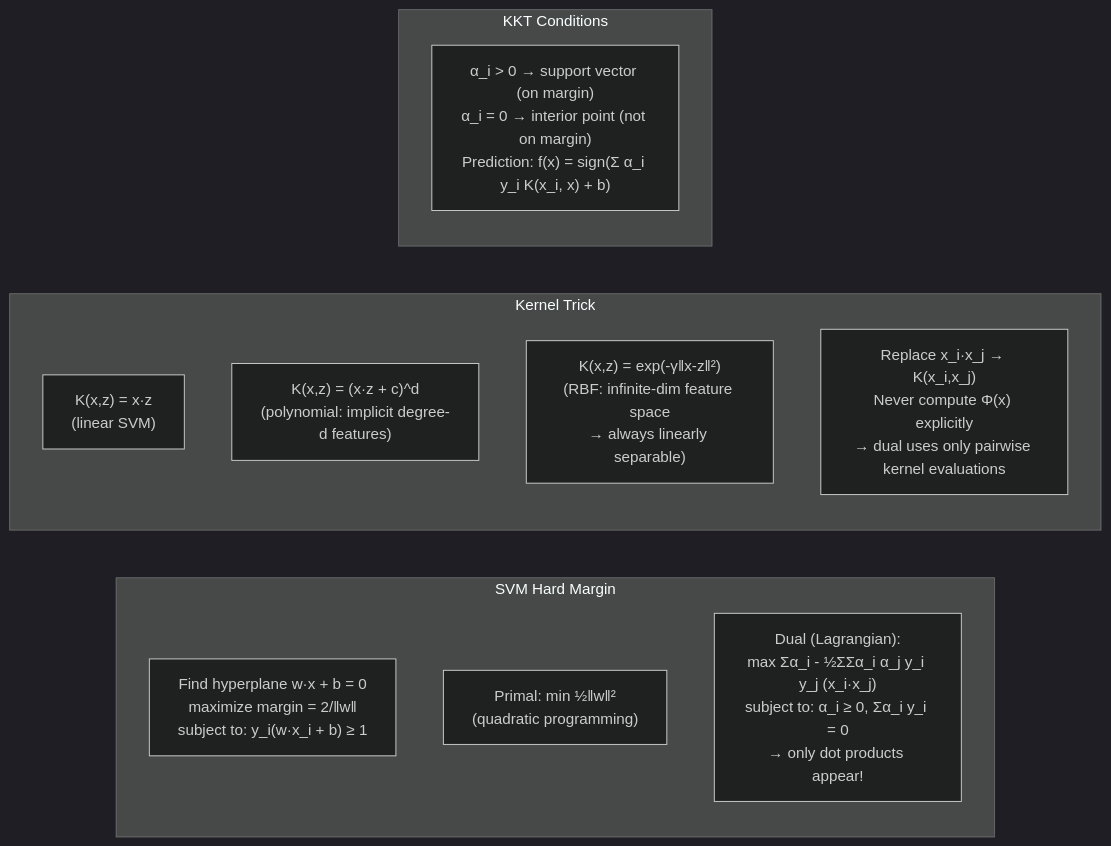
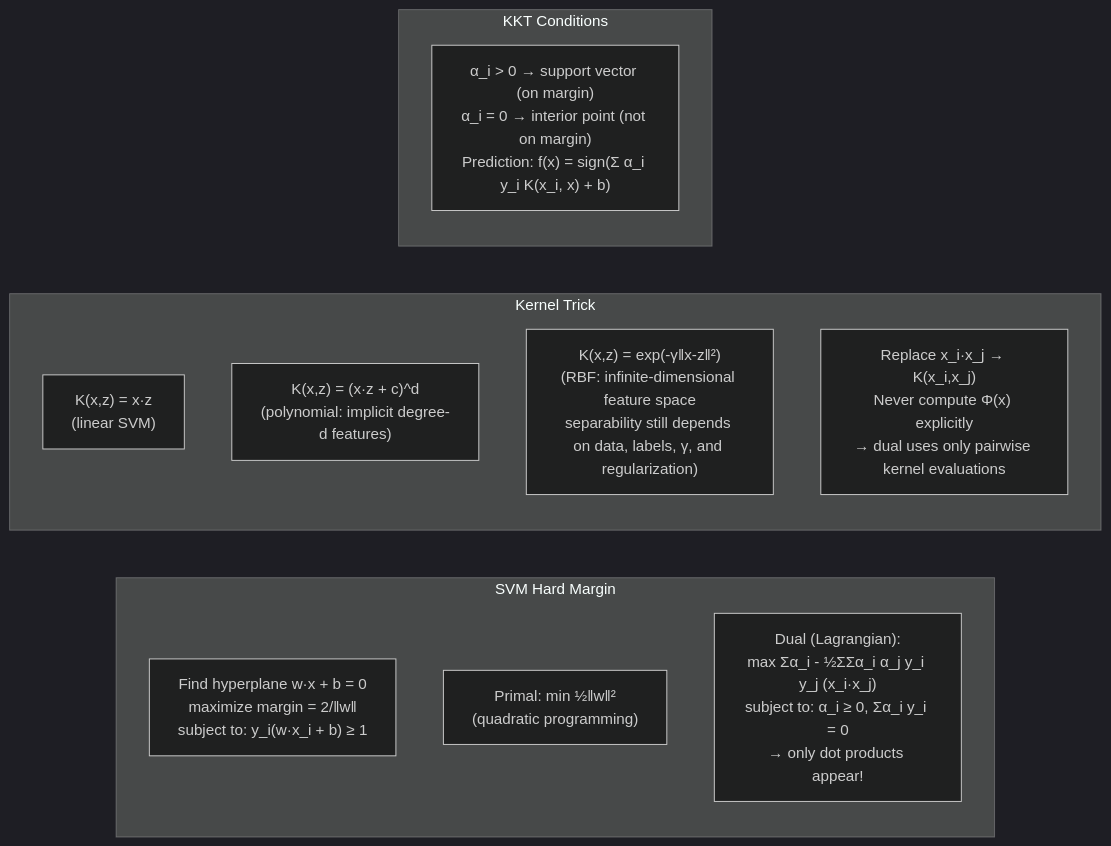
One commit to choisimo/document changed diagram 14 of 24 in content/docs/books/cs-reference/ko/ml-ai-internals.md. Above: the diagram before and after it, drawn with Mermaid (dark theme). The commit also changed other lines of this file and 504 other files, not shown here.

````diff
--- a/content/docs/books/cs-reference/ko/ml-ai-internals.md
+++ b/content/docs/books/cs-reference/ko/ml-ai-internals.md
@@ -310,19 +312,19 @@
 ```mermaid
 flowchart LR
     subgraph "SVM Hard Margin"
         Sep["Find hyperplane w·x + b = 0\nmaximize margin = 2/‖w‖\nsubject to: y_i(w·x_i + b) ≥ 1"]
         Primal["Primal: min ½‖w‖²\n(quadratic programming)"]
         Dual["Dual (Lagrangian):\nmax Σα_i - ½ΣΣα_i α_j y_i y_j (x_i·x_j)\nsubject to: α_i ≥ 0, Σα_i y_i = 0\n→ only dot products appear!"]
     end
 
     subgraph "Kernel Trick"
         Linear["K(x,z) = x·z\n(linear SVM)"]
         Poly["K(x,z) = (x·z + c)^d\n(polynomial: implicit degree-d features)"]
-        RBF["K(x,z) = exp(-γ‖x-z‖²)\n(RBF: infinite-dim feature space\n→ always linearly separable)"]
+        RBF["K(x,z) = exp(-γ‖x-z‖²)\n(RBF: infinite-dimensional feature space\nseparability still depends on data, labels, γ, and regularization)"]
         Note1["Replace x_i·x_j → K(x_i,x_j)\nNever compute Φ(x) explicitly\n→ dual uses only pairwise kernel evaluations"]
     end
 
     subgraph "KKT Conditions"
         KKT["α_i > 0 → support vector (on margin)\nα_i = 0 → interior point (not on margin)\nPrediction: f(x) = sign(Σ α_i y_i K(x_i, x) + b)"]
     end
 ```
````
